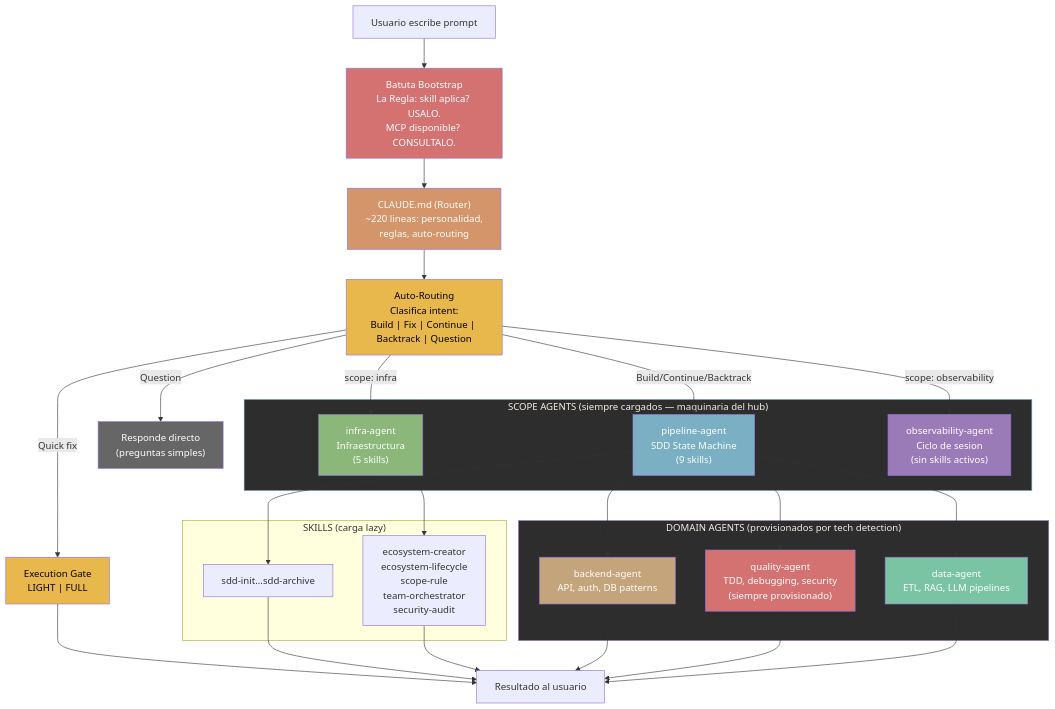
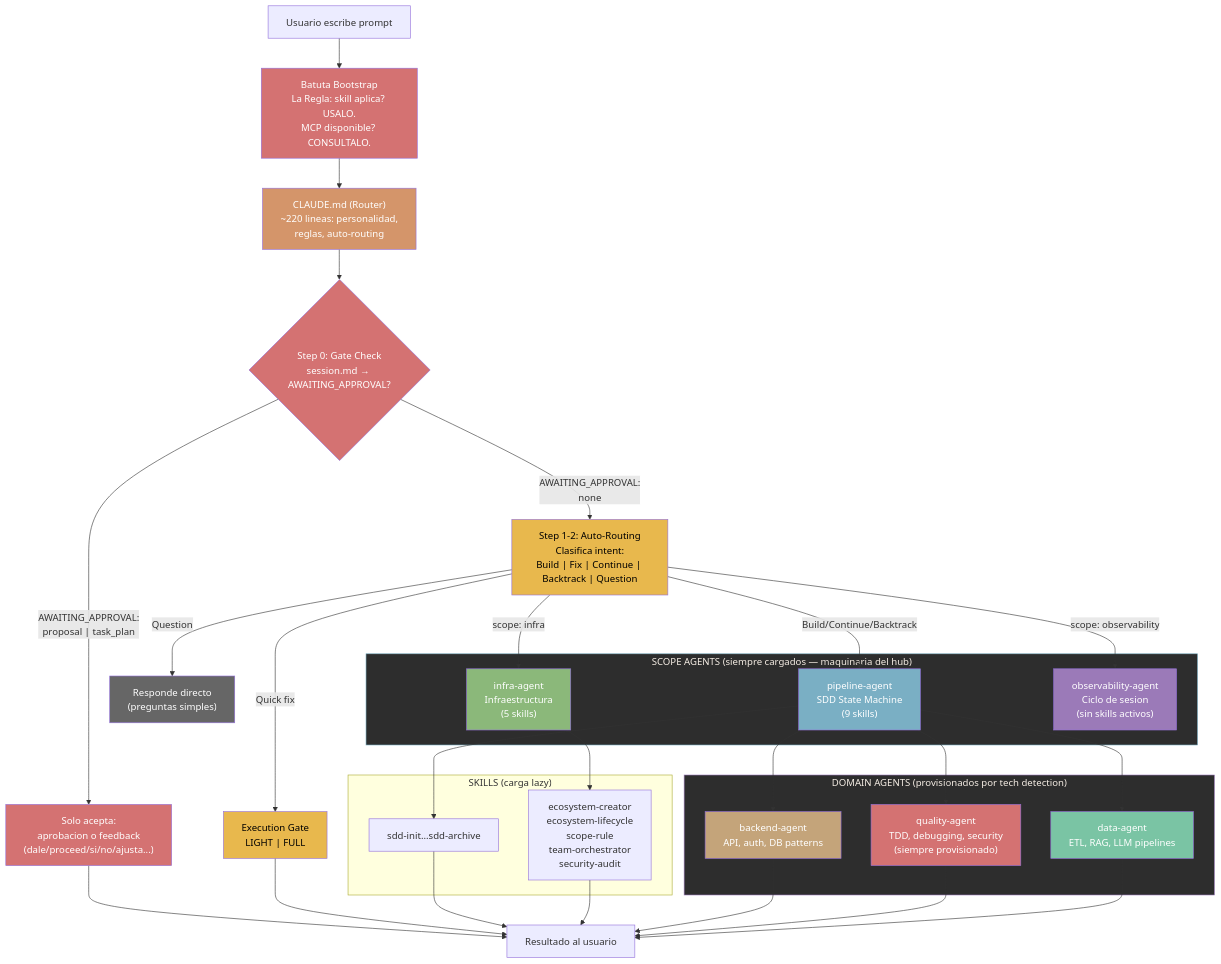
Before and after one commit to jota-batuta/batuta-dots: the third of 28 diagrams in docs/architecture/arquitectura-diagrama.md, drawn with Mermaid. The commit also changed other lines of this file and 6 other files, not shown here.

````diff
--- a/docs/architecture/arquitectura-diagrama.md
+++ b/docs/architecture/arquitectura-diagrama.md
@@ -127,59 +127,67 @@
 ```mermaid
 flowchart TD
     USER["Usuario escribe prompt"]
     BOOTSTRAP["Batuta Bootstrap<br/>La Regla: skill aplica? USALO.<br/>MCP disponible? CONSULTALO."]
-    AUTOROUTE["Auto-Routing<br/>Clasifica intent:<br/>Build | Fix | Continue | Backtrack | Question"]
     ROUTER["CLAUDE.md (Router)<br/>~220 lineas: personalidad,<br/>reglas, auto-routing"]
+
+    STEP0{"Step 0: Gate Check<br/>session.md → AWAITING_APPROVAL?"}
+    GATE_LOCK["Solo acepta:<br/>aprobacion o feedback<br/>(dale/proceed/si/no/ajusta...)"]
+
+    AUTOROUTE["Step 1-2: Auto-Routing<br/>Clasifica intent:<br/>Build | Fix | Continue | Backtrack | Question"]
 
     subgraph SCOPE_AGENTS["SCOPE AGENTS (siempre cargados — maquinaria del hub)"]
         PIPELINE["pipeline-agent<br/>SDD State Machine<br/>(9 skills)"]
         INFRA["infra-agent<br/>Infraestructura<br/>(5 skills)"]
         OBS["observability-agent<br/>Ciclo de sesion<br/>(sin skills activos)"]
     end
 
     subgraph DOMAIN_AGENTS["DOMAIN AGENTS (provisionados por tech detection)"]
         BACKEND["backend-agent<br/>API, auth, DB patterns"]
         QUALITY["quality-agent<br/>TDD, debugging, security<br/>(siempre provisionado)"]
         DATA["data-agent<br/>ETL, RAG, LLM pipelines"]
     end
 
     subgraph SKILLS["SKILLS (carga lazy)"]
         SDD["sdd-init...sdd-archive"]
         ECO["ecosystem-creator<br/>ecosystem-lifecycle<br/>scope-rule<br/>team-orchestrator<br/>security-audit"]
     end
 
     RESULT["Resultado al usuario"]
     DIRECT["Responde directo<br/>(preguntas simples)"]
     GATE["Execution Gate<br/>LIGHT | FULL"]
 
-    USER --> BOOTSTRAP --> ROUTER --> AUTOROUTE
+    USER --> BOOTSTRAP --> ROUTER --> STEP0
+    STEP0 -->|"AWAITING_APPROVAL:<br/>proposal | task_plan"| GATE_LOCK --> RESULT
+    STEP0 -->|"AWAITING_APPROVAL:<br/>none"| AUTOROUTE
     AUTOROUTE -->|"Build/Continue/Backtrack"| PIPELINE
     AUTOROUTE -->|"scope: infra"| INFRA
     AUTOROUTE -->|"scope: observability"| OBS
     AUTOROUTE -->|"Question"| DIRECT
     AUTOROUTE -->|"Quick fix"| GATE --> RESULT
     PIPELINE --> SDD
     PIPELINE --> BACKEND
     PIPELINE --> QUALITY
     PIPELINE --> DATA
     INFRA --> ECO
     SDD --> RESULT
     ECO --> RESULT
     BACKEND --> RESULT
     QUALITY --> RESULT
     DATA --> RESULT
 
     style ROUTER fill:#D4956A,color:#fff
     style BOOTSTRAP fill:#D47272,color:#fff
+    style STEP0 fill:#D47272,color:#fff
+    style GATE_LOCK fill:#D47272,color:#fff
     style AUTOROUTE fill:#E8B84D,color:#000
     style PIPELINE fill:#7AAFC4,color:#fff
     style INFRA fill:#8BB87A,color:#fff
     style OBS fill:#9B7AB8,color:#fff
     style SCOPE_AGENTS fill:#2d2d2d,stroke:#7AAFC4,color:#F5EDE4
     style DOMAIN_AGENTS fill:#2d2d2d,stroke:#9B7AB8,color:#F5EDE4
     style BACKEND fill:#C4A47A,color:#fff
     style QUALITY fill:#D47272,color:#fff
     style DATA fill:#7AC4A4,color:#fff
     style DIRECT fill:#666,color:#fff
     style GATE fill:#E8B84D,color:#000
 ```
````
